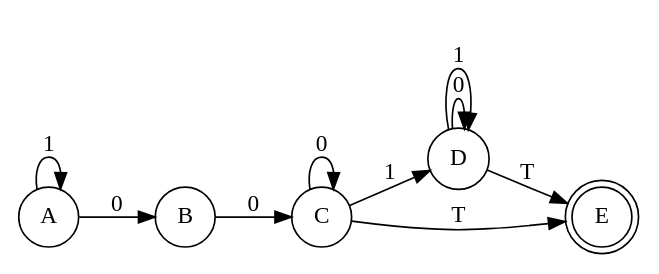
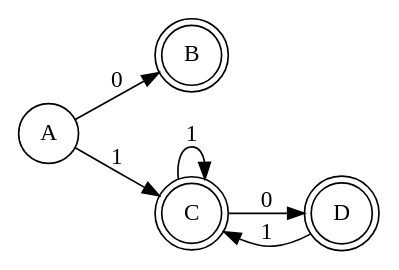
One commit to SafarovT/auto changed the diagram in lw2/x64/Debug/output.dot. Above: the diagram before and after it, drawn with Graphviz. The commit also changed 28 other files, not shown here.

```diff
--- a/lw2/x64/Debug/output.dot
+++ b/lw2/x64/Debug/output.dot
@@ -1,18 +1,13 @@
 digraph DFA {
     rankdir=LR;
     node [shape = circle];
     A [shape=circle];
-    B [shape=circle];
-    C [shape=circle];
-    D [shape=circle];
-    E [shape=doublecircle];
+    B [shape=doublecircle];
+    C [shape=doublecircle];
+    D [shape=doublecircle];
     A -> B [label="0"];
-    A -> A [label="1"];
-    B -> C [label="0"];
-    C -> C [label="0"];
-    C -> D [label="1"];
-    C -> E [label="T"];
-    D -> D [label="0"];
-    D -> D [label="1"];
-    D -> E [label="T"];
+    A -> C [label="1"];
+    C -> D [label="0"];
+    C -> C [label="1"];
+    D -> C [label="1"];
 }
```
